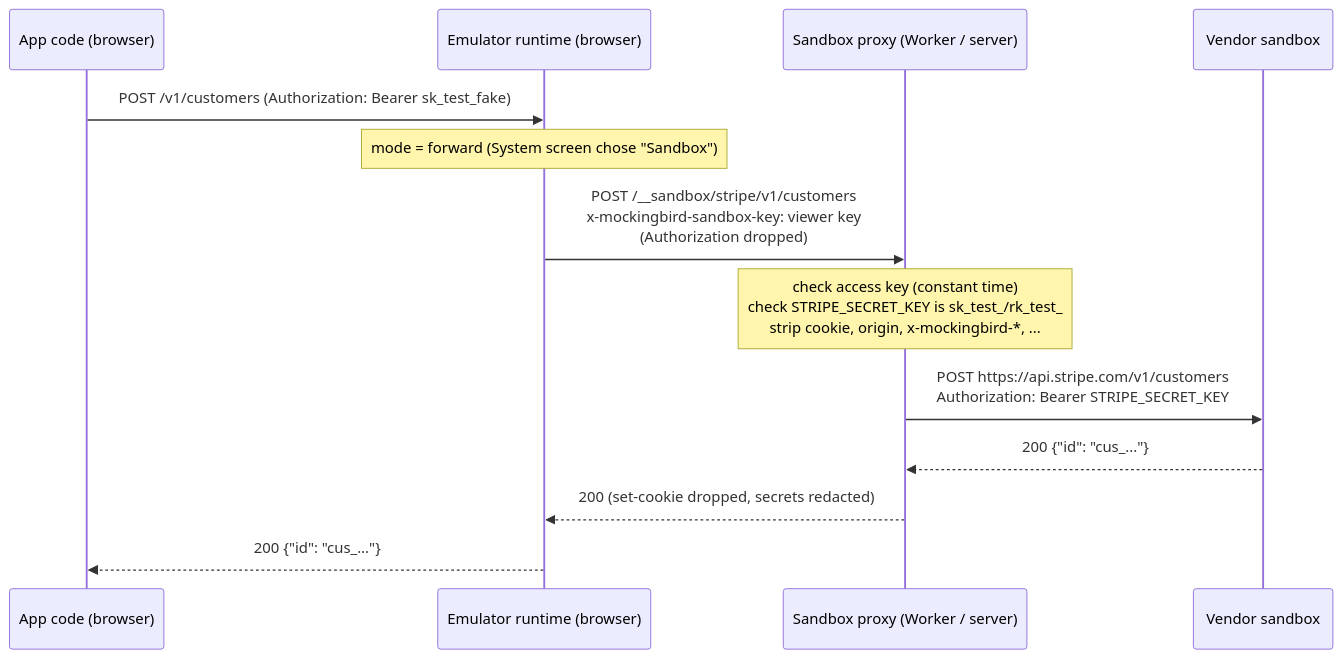
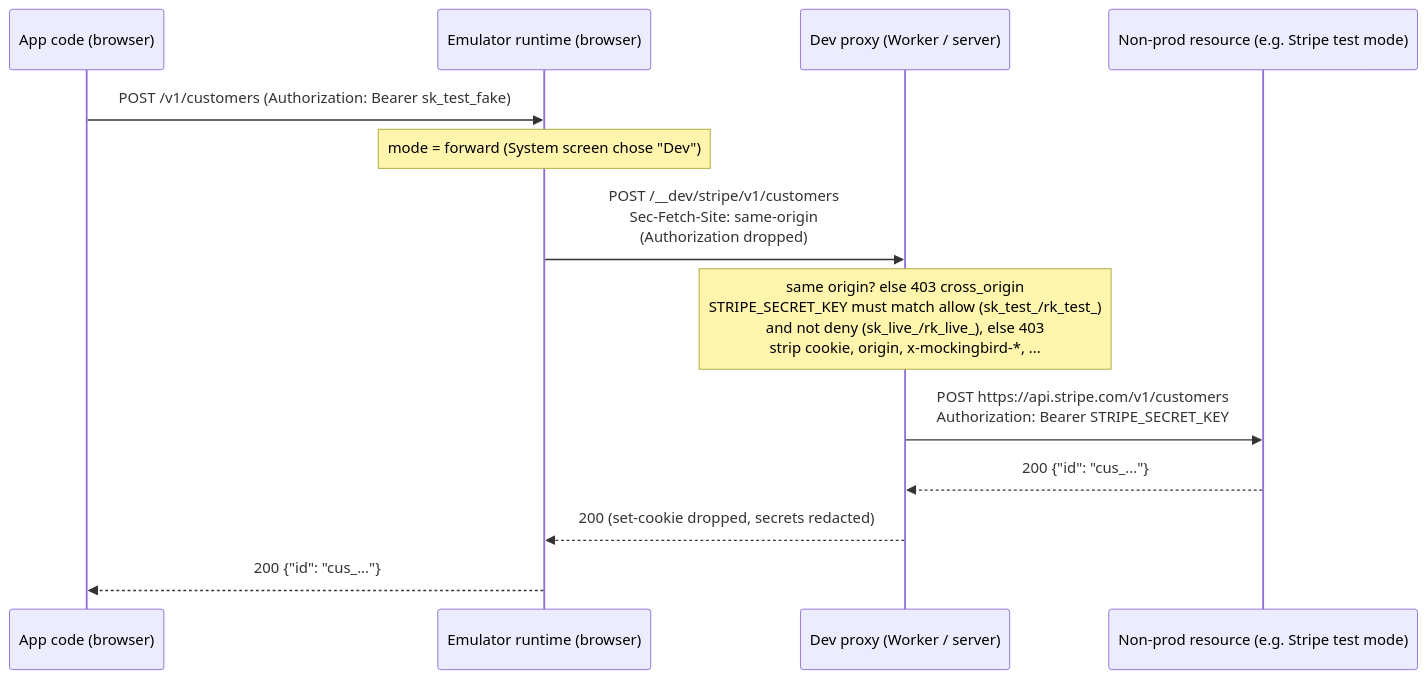
One commit to crvouga/mockingbird changed the diagram in packages/adapters/preview/README.md. Above: the diagram before and after it, drawn with Mermaid. The commit also changed other lines of this file and 36 other files, not shown here.

````diff
--- a/packages/adapters/preview/README.md
+++ b/packages/adapters/preview/README.md
@@ -137,15 +142,15 @@
 ```mermaid
 sequenceDiagram
   participant App as App code (browser)
   participant Emu as Emulator runtime (browser)
-  participant Proxy as Sandbox proxy (Worker / server)
-  participant Vendor as Vendor sandbox
+  participant Proxy as Dev proxy (Worker / server)
+  participant Vendor as Non-prod resource (e.g. Stripe test mode)
   App->>Emu: POST /v1/customers (Authorization: Bearer sk_test_fake)
-  Note over Emu: mode = forward (System screen chose "Sandbox")
-  Emu->>Proxy: POST /__sandbox/stripe/v1/customers<br/>x-mockingbird-sandbox-key: viewer key<br/>(Authorization dropped)
-  Note over Proxy: check access key (constant time)<br/>check STRIPE_SECRET_KEY is sk_test_/rk_test_<br/>strip cookie, origin, x-mockingbird-*, ...
+  Note over Emu: mode = forward (System screen chose "Dev")
+  Emu->>Proxy: POST /__dev/stripe/v1/customers<br/>Sec-Fetch-Site: same-origin<br/>(Authorization dropped)
+  Note over Proxy: same origin? else 403 cross_origin<br/>STRIPE_SECRET_KEY must match allow (sk_test_/rk_test_)<br/>and not deny (sk_live_/rk_live_), else 403<br/>strip cookie, origin, x-mockingbird-*, ...
   Proxy->>Vendor: POST https://api.stripe.com/v1/customers<br/>Authorization: Bearer STRIPE_SECRET_KEY
   Vendor-->>Proxy: 200 {"id": "cus_..."}
   Proxy-->>Emu: 200 (set-cookie dropped, secrets redacted)
   Emu-->>App: 200 {"id": "cus_..."}
 ```
````
